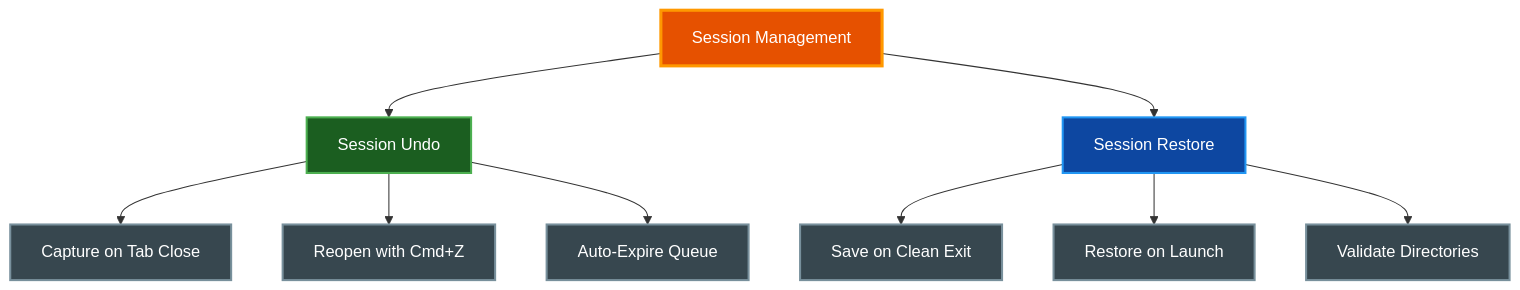
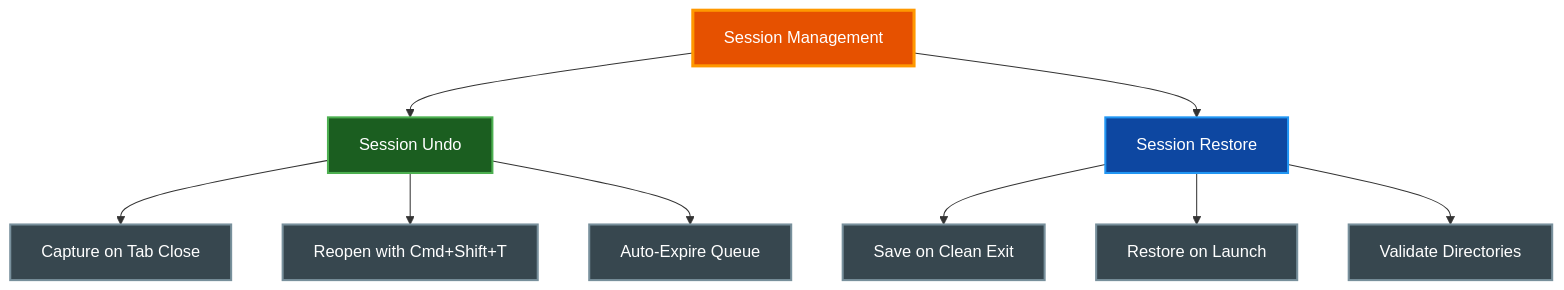
The diagram in docs/features/SESSION_MANAGEMENT.md (paulrobello/par-term), drawn with Mermaid before and after one commit. The commit also changed other lines of this file and 28 other files, not shown here.

````diff
--- a/docs/features/SESSION_MANAGEMENT.md
+++ b/docs/features/SESSION_MANAGEMENT.md
@@ -20,27 +20,27 @@
 ```mermaid
 graph TD
     Session[Session Management]
     Undo[Session Undo]
     Restore[Session Restore]
 
     Session --> Undo
     Session --> Restore
 
     Undo --> CloseCapture[Capture on Tab Close]
-    Undo --> ReopenTab[Reopen with Cmd+Z]
+    Undo --> ReopenTab[Reopen with Cmd+Shift+T]
     Undo --> Timeout[Auto-Expire Queue]
 
     Restore --> SaveExit[Save on Clean Exit]
     Restore --> RestoreLaunch[Restore on Launch]
     Restore --> Validate[Validate Directories]
 
     class Session primary
     class Undo active
     class Restore data
     class CloseCapture,ReopenTab,Timeout,SaveExit,RestoreLaunch,Validate neutral
 
     classDef primary fill:#e65100,stroke:#ff9800,stroke-width:3px,color:#ffffff
     classDef active fill:#1b5e20,stroke:#4caf50,stroke-width:2px,color:#ffffff
     classDef data fill:#0d47a1,stroke:#2196f3,stroke-width:2px,color:#ffffff
     classDef neutral fill:#37474f,stroke:#78909c,stroke-width:2px,color:#ffffff
 ```
````
